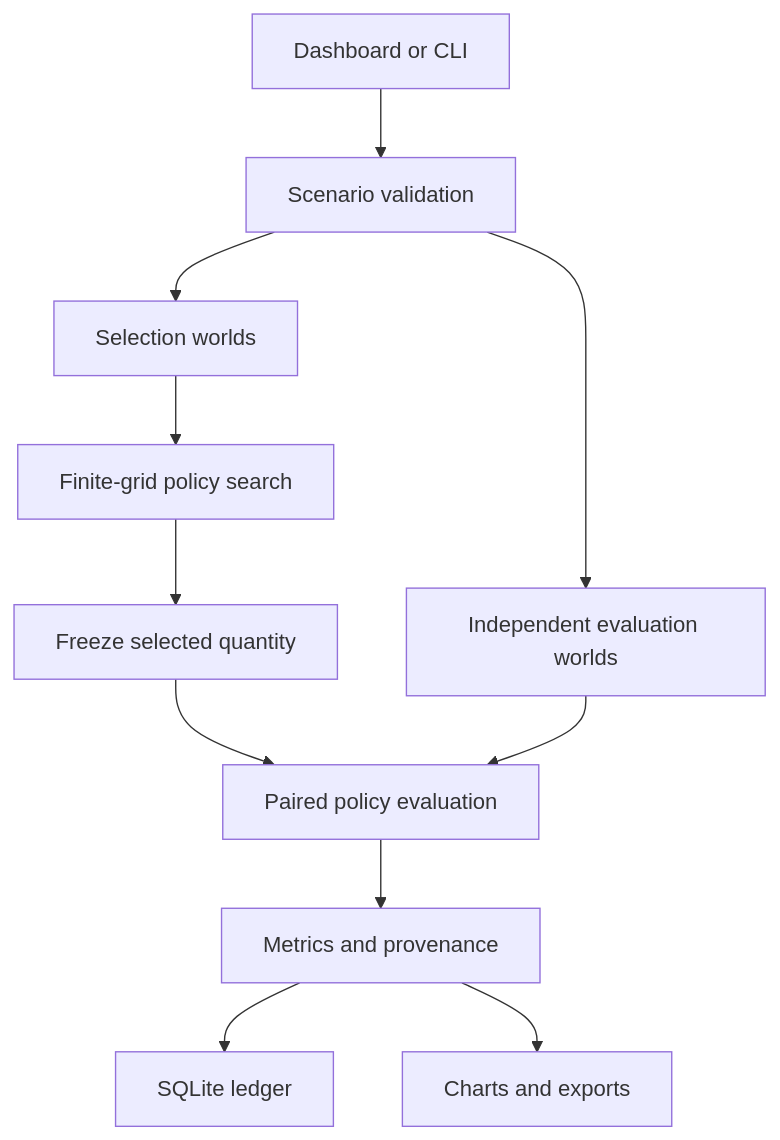
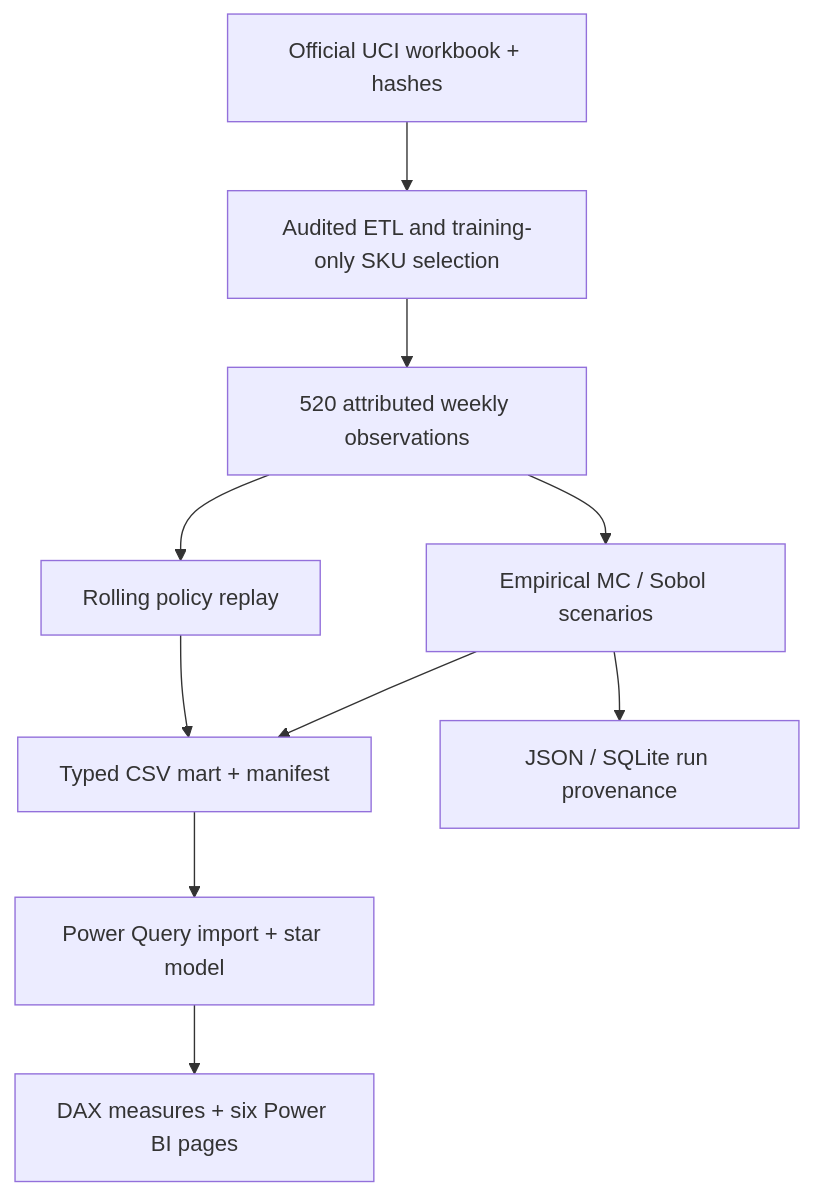
One commit to Swapnil-byte-798/stocksense-monte-carlo-lab changed the diagram in docs/ARCHITECTURE.md. Above: the diagram before and after it, drawn with Mermaid. The commit also changed other lines of this file and 131 other files, not shown here.

Commit message:
feat: use real UCI retail sales with native Power BI decisions and study material

````diff
--- a/docs/ARCHITECTURE.md
+++ b/docs/ARCHITECTURE.md
@@ -3,13 +3,12 @@
 ```mermaid
 flowchart TD
-  A[Dashboard or CLI] --> B[Scenario validation]
-  B --> C[Selection worlds]
-  C --> D[Finite-grid policy search]
-  D --> E[Freeze selected quantity]
-  B --> F[Independent evaluation worlds]
-  E --> G[Paired policy evaluation]
-  F --> G
-  G --> H[Metrics and provenance]
-  H --> I[SQLite ledger]
-  H --> J[Charts and exports]
+ A["Official UCI workbook + hashes"] --> B["Audited ETL and training-only SKU selection"]
+ B --> C["520 attributed weekly observations"]
+ C --> D["Rolling policy replay"]
+ C --> E["Empirical MC / Sobol scenarios"]
+ D --> F["Typed CSV mart + manifest"]
+ E --> F
+ F --> G["Power Query import + star model"]
+ G --> H["DAX measures + six Power BI pages"]
+ E --> I["JSON / SQLite run provenance"]
 ```
````
